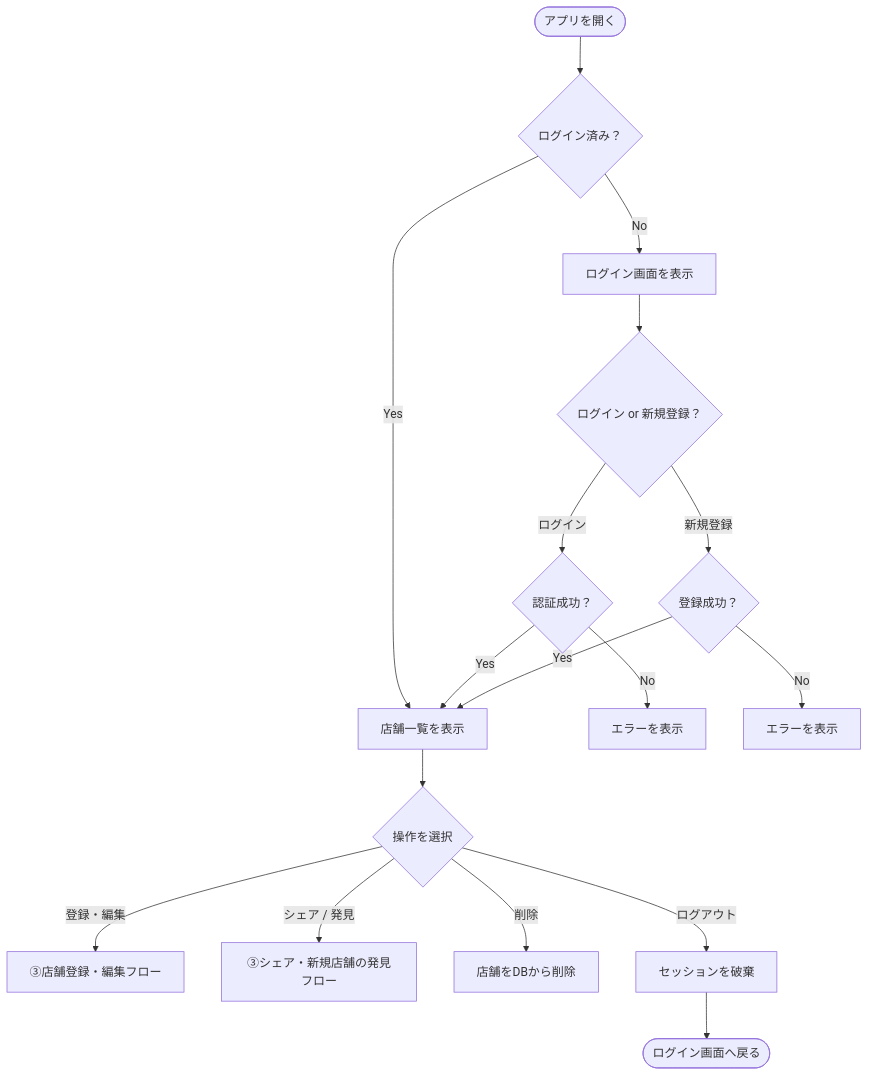
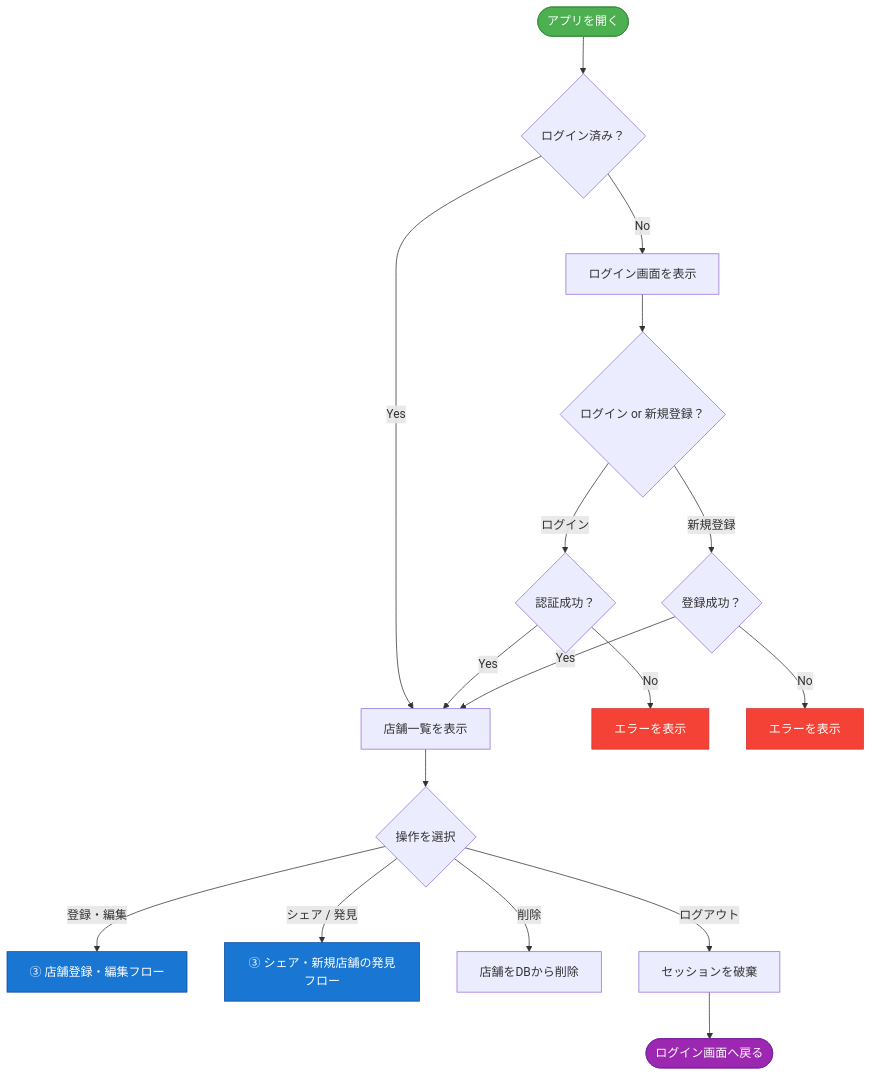
One commit to Pizzy-pz/rikawan-map changed the diagram in 設計/フローチャート_ログインからの全体図.md. Above: the diagram before and after it, drawn with Mermaid. The commit also changed 1 other file, not shown here.

Commit message:
フローチャート2本の体裁を改善
- classDef で色分け（開始:緑/終了:紫/エラー:赤/サブフロー:青/DB:橙）
- \n をノードラベルから除去
- エッジラベルのスペースを揃えて整列

````diff
--- a/設計/フローチャート_ログインからの全体図.md
+++ b/設計/フローチャート_ログインからの全体図.md
@@ -3,25 +3,30 @@
 ```mermaid
 flowchart TD
-    A([アプリを開く]) --> B{ログイン済み？}
+    A([アプリを開く]):::start --> B{ログイン済み？}
 
     B -- Yes --> E[店舗一覧を表示]
-    B -- No --> C[ログイン画面を表示]
+    B -- No  --> C[ログイン画面を表示]
 
     C --> D{ログイン or 新規登録？}
 
-    D -- ログイン --> D1{認証成功？}
+    D -- ログイン   --> D1{認証成功？}
     D1 -- Yes --> E
-    D1 -- No --> ERR1[エラーを表示]
+    D1 -- No  --> ERR1[エラーを表示]:::error
 
     D -- 新規登録 --> D2{登録成功？}
     D2 -- Yes --> E
-    D2 -- No --> ERR2[エラーを表示]
+    D2 -- No  --> ERR2[エラーを表示]:::error
 
     E --> F{操作を選択}
 
-    F -- 登録・編集 --> G[③店舗登録・編集フロー]
-    F -- シェア / 発見 --> H[③シェア・新規店舗の発見フロー]
-    F -- 削除 --> I[店舗をDBから削除]
-    F -- ログアウト --> J[セッションを破棄]
-    J --> K([ログイン画面へ戻る])
+    F -- 登録・編集     --> G[③ 店舗登録・編集フロー]:::sub
+    F -- シェア / 発見  --> H[③ シェア・新規店舗の発見フロー]:::sub
+    F -- 削除           --> I[店舗をDBから削除]
+    F -- ログアウト     --> J[セッションを破棄]
+    J --> K([ログイン画面へ戻る]):::terminal
+
+    classDef start    fill:#4caf50,color:#fff,stroke:#388e3c
+    classDef terminal fill:#9c27b0,color:#fff,stroke:#7b1fa2
+    classDef error    fill:#f44336,color:#fff,stroke:#d32f2f
+    classDef sub      fill:#1976d2,color:#fff,stroke:#0d47a1
 ```
````
